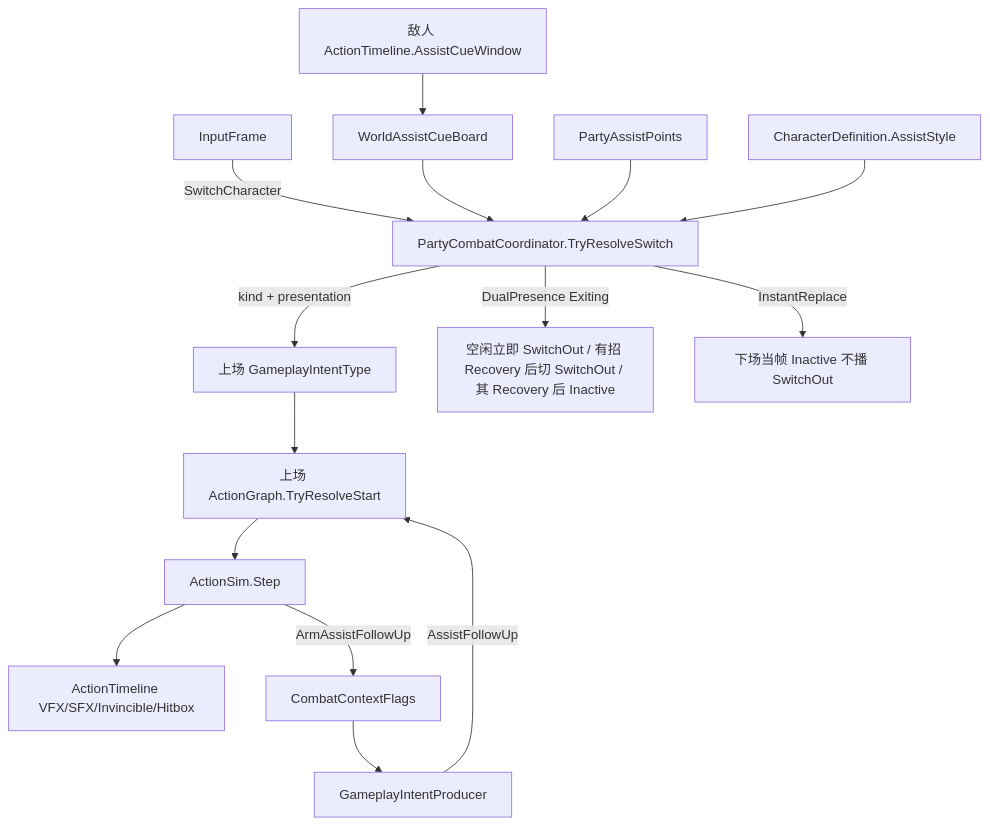
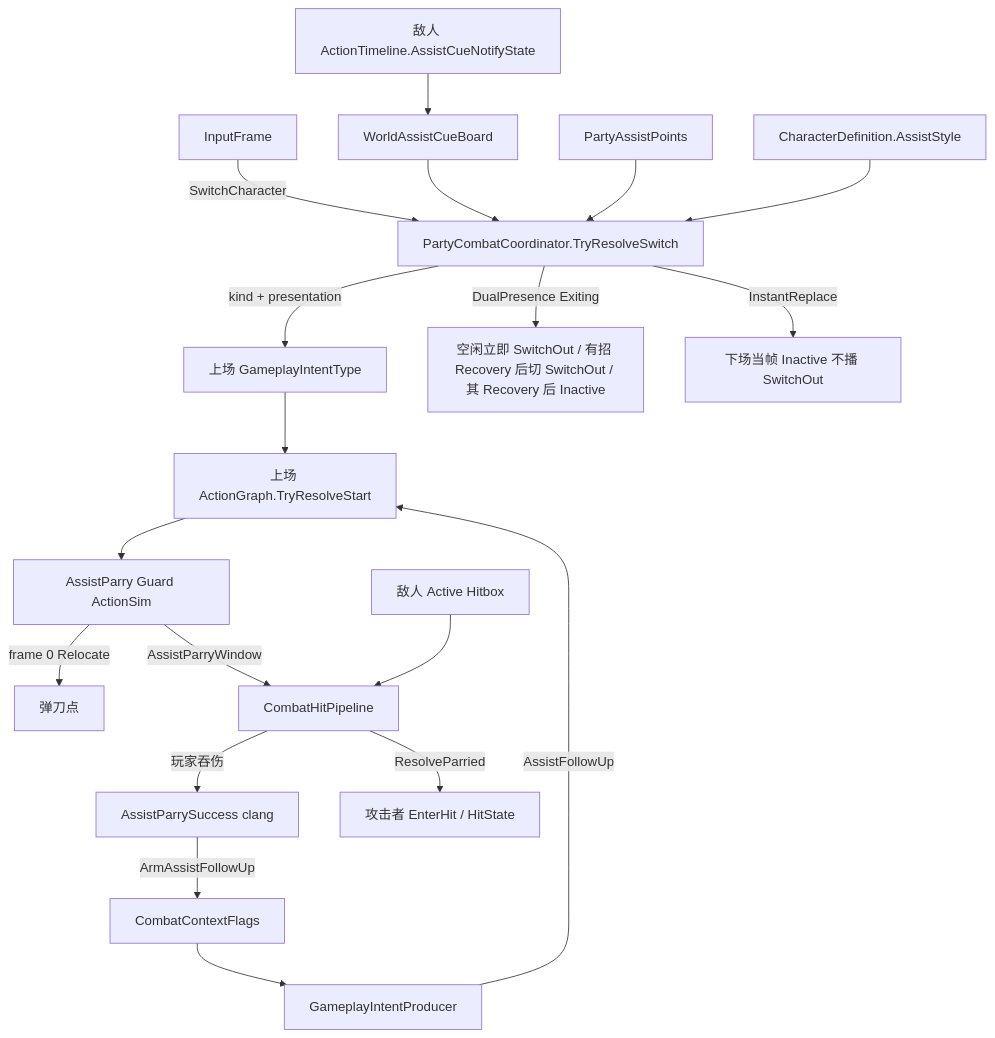
The diagram in docs/2026.8.30/PARTY_SWITCH_ASSIST_PLAN.md (diosamacao/DiavoloGame), drawn with Mermaid before and after one commit. The commit also changed other lines of this file and 4 other files, not shown here.

````diff
--- a/docs/2026.8.30/PARTY_SWITCH_ASSIST_PLAN.md
+++ b/docs/2026.8.30/PARTY_SWITCH_ASSIST_PLAN.md
@@ -201,17 +208,21 @@
 ```mermaid
 flowchart TB
   InputFrame -->|SwitchCharacter| Coordinator[PartyCombatCoordinator.TryResolveSwitch]
-  EnemyTL[敌人 ActionTimeline.AssistCueWindow] --> CueBoard[WorldAssistCueBoard]
+  EnemyTL[敌人 ActionTimeline.AssistCueNotifyState] --> CueBoard[WorldAssistCueBoard]
   CueBoard --> Coordinator
   AssistPts[PartyAssistPoints] --> Coordinator
   Def[CharacterDefinition.AssistStyle] --> Coordinator
   Coordinator -->|kind + presentation| IncomingIntent[上场 GameplayIntentType]
   Coordinator -->|DualPresence Exiting| Outgoing[空闲立即 SwitchOut / 有招 Recovery 后切 SwitchOut / 其 Recovery 后 Inactive]
   Coordinator -->|InstantReplace| Hide[下场当帧 Inactive 不播 SwitchOut]
   IncomingIntent --> Graph[上场 ActionGraph.TryResolveStart]
-  Graph --> ActionSim[ActionSim.Step]
-  ActionSim --> TL[ActionTimeline VFX/SFX/Invincible/Hitbox]
-  ActionSim -->|ArmAssistFollowUp| Flags[CombatContextFlags]
+  Graph --> Guard[AssistParry Guard ActionSim]
+  Guard -->|frame 0 Relocate| Pose[弹刀点]
+  EnemyHit[敌人 Active Hitbox] --> Pipeline[CombatHitPipeline]
+  Guard -->|AssistParryWindow| Pipeline
+  Pipeline -->|玩家吞伤| Success[AssistParrySuccess clang]
+  Pipeline -->|ResolveParried| HitState[攻击者 EnterHit / HitState]
+  Success -->|ArmAssistFollowUp| Flags[CombatContextFlags]
   Flags --> Producer[GameplayIntentProducer]
   Producer -->|AssistFollowUp| Graph
 ```
````
